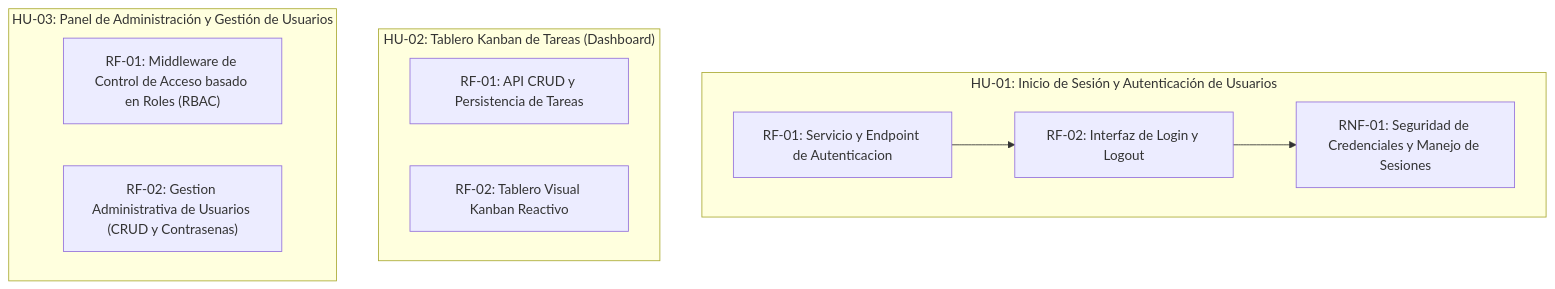
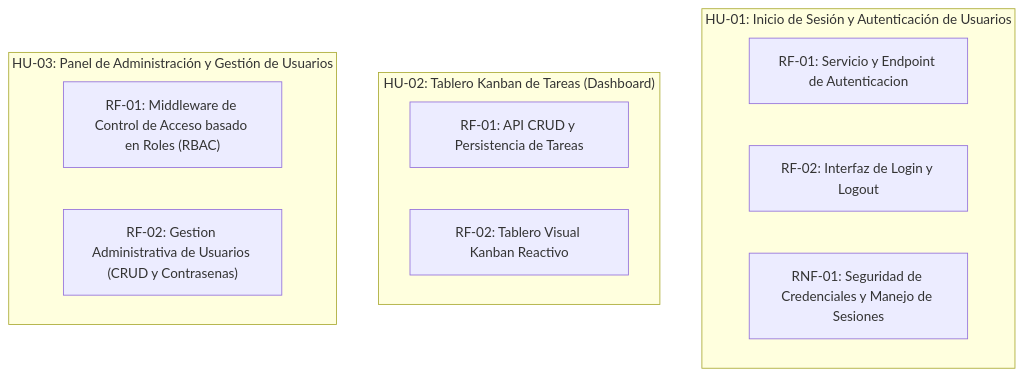
One commit to fiemcasals/PRUEBA_SCRUM changed the diagram in docs/grafo.md. Above: the diagram before and after it, drawn with Mermaid. The commit also changed other lines of this file, not shown here.

Commit message:
Auto-publish: actualiza docs/grafo.md

````diff
--- a/docs/grafo.md
+++ b/docs/grafo.md
@@ -5,18 +5,16 @@
 ```mermaid
 graph TD
   subgraph US_1786548038997["HU-01: Inicio de Sesión y Autenticación de Usuarios"]
     REQ_1786550047158["RF-01: Servicio y Endpoint de Autenticacion"]
     REQ_1786550047244["RF-02: Interfaz de Login y Logout"]
     REQ_1786550047330["RNF-01: Seguridad de Credenciales y Manejo de Sesiones"]
   end
   subgraph US_1786548041528["HU-02: Tablero Kanban de Tareas (Dashboard)"]
     REQ_1786550047416["RF-01: API CRUD y Persistencia de Tareas"]
     REQ_1786550047501["RF-02: Tablero Visual Kanban Reactivo"]
   end
   subgraph US_1786548043984["HU-03: Panel de Administración y Gestión de Usuarios"]
     REQ_1786550047567["RF-01: Middleware de Control de Acceso basado en Roles (RBAC)"]
     REQ_1786550047637["RF-02: Gestion Administrativa de Usuarios (CRUD y Contrasenas)"]
   end
-  REQ_1786550047158 --> REQ_1786550047244
-  REQ_1786550047244 --> REQ_1786550047330
 ```
````
